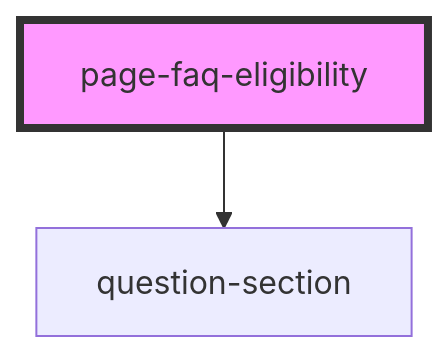
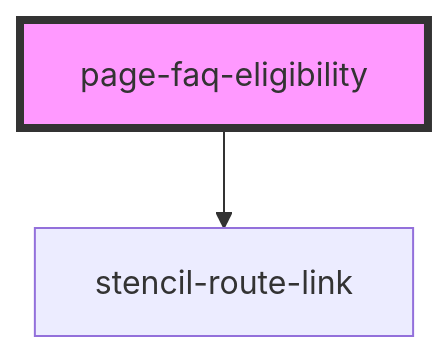
The diagram in site/src/components/page-faq-eligibility/readme.md (PowerThePolls/power-the-polls), drawn with Mermaid before and after one commit. The commit also changed other lines of this file and 11 other files, not shown here.

````diff
--- a/site/src/components/page-faq-eligibility/readme.md
+++ b/site/src/components/page-faq-eligibility/readme.md
@@ -22,5 +22,5 @@
 ```mermaid
 graph TD;
-  page-faq-eligibility --> question-section
+  page-faq-eligibility --> stencil-route-link
   style page-faq-eligibility fill:#f9f,stroke:#333,stroke-width:4px
 ```
````
